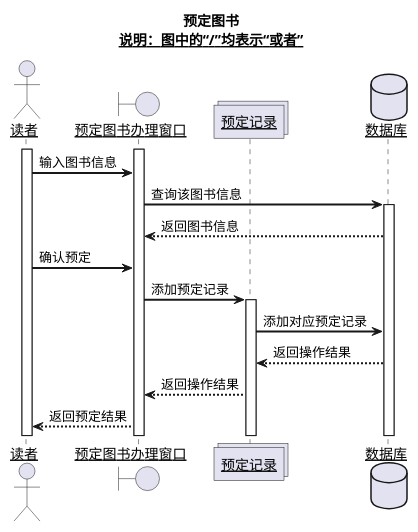
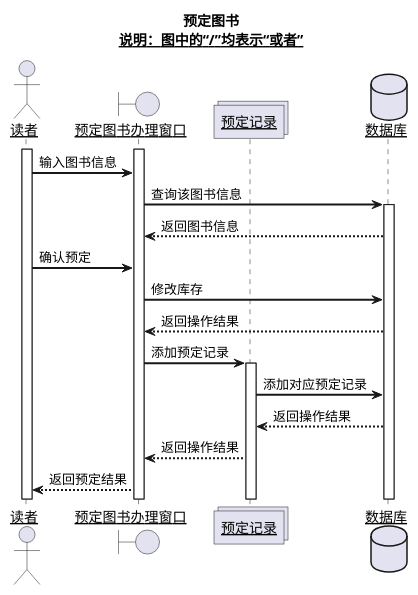
Before and after one commit to Landy7/is_analysis: the diagram in test4/sequence5.md, drawn with PlantUML. The commit also changed 8 other files, not shown here.

```diff
--- a/test4/sequence5.md
+++ b/test4/sequence5.md
@@ -1,27 +1,29 @@
 @startuml
 title
  预定图书
  <u>说明：图中的“/”均表示“或者”</u>
 end title
 skinparam sequenceArrowThickness 2
 skinparam maxmessagesize 60
 skinparam sequenceParticipant underline
 actor "读者" as U
 boundary "预定图书办理窗口   " as A
 collections "预定记录" as B
 database "数据库" as C
 activate U
 activate A
 U ->A:输入图书信息
 A ->C:查询该图书信息
 activate C
 C -->A:返回图书信息
 U ->A:确认预定
+A ->C:修改库存
+C -->A:返回操作结果
 A ->B:添加预定记录
 activate B
 B ->C:添加对应预定记录
 C -->B:返回操作结果
 B -->A:返回操作结果
 A -->U:返回预定结果
 
 @enduml
```
